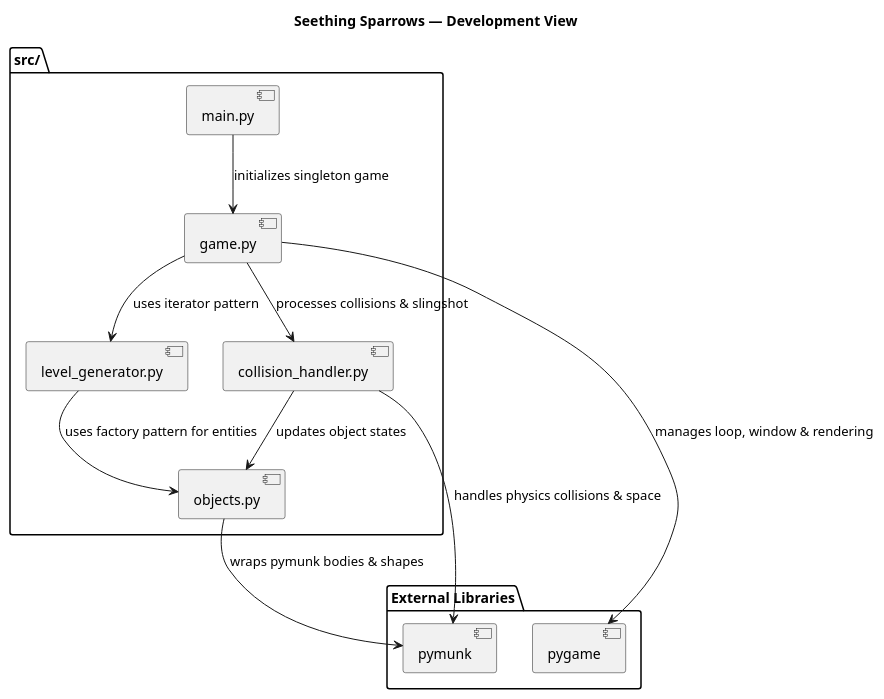
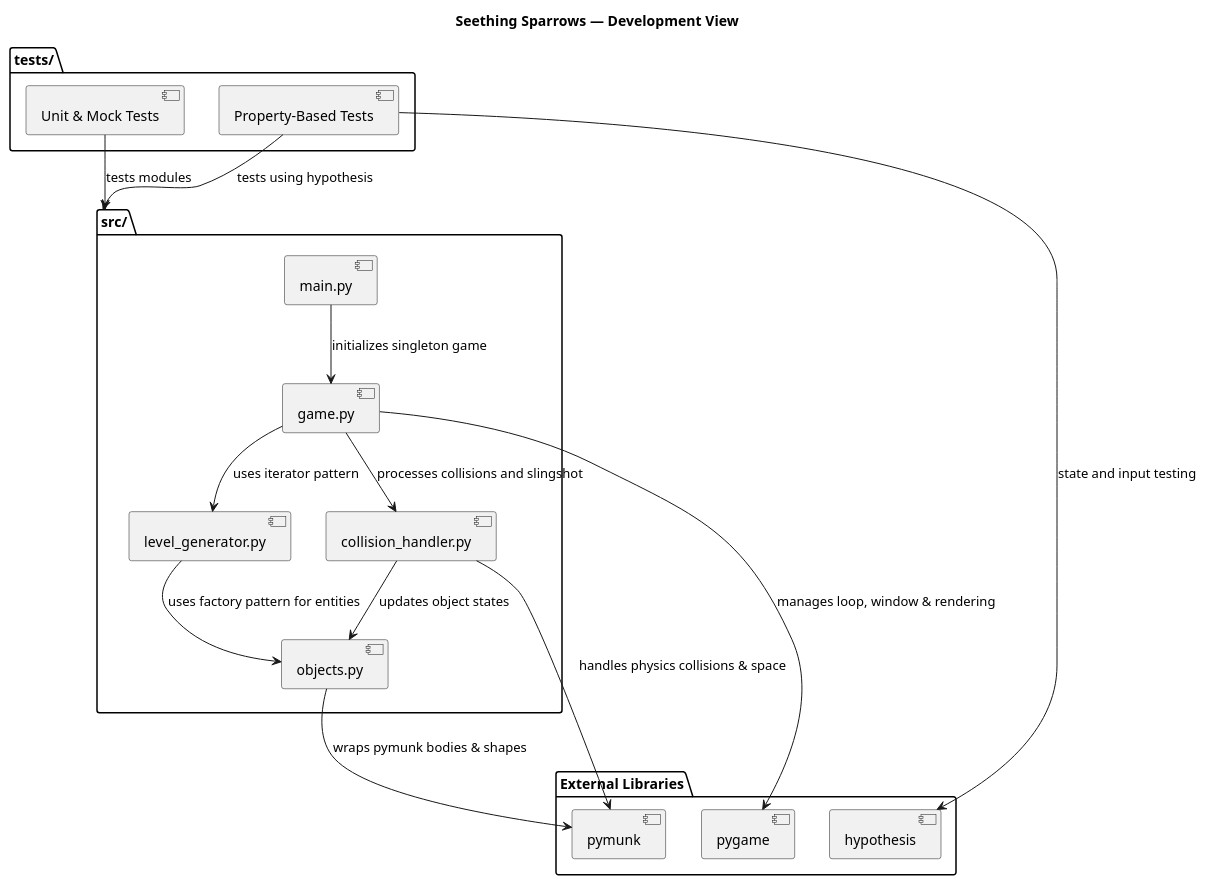
The diagram in FinalProject/uml/development.plantuml (Riley06V/SeethingSparrows_OOP_Final), drawn with PlantUML before and after one commit. The commit also changed 1 other file, not shown here.

```diff
--- a/FinalProject/uml/development.plantuml
+++ b/FinalProject/uml/development.plantuml
@@ -1,22 +1,29 @@
 @startuml development
 
 title Seething Sparrows — Development View
 
 package "src/" {
     [main.py] --> [game.py] : initializes singleton game
     [game.py] --> [level_generator.py] : uses iterator pattern
-    [game.py] --> [collision_handler.py] : processes collisions & slingshot
+    [game.py] --> [collision_handler.py] : processes collisions and slingshot
     [level_generator.py] --> [objects.py] : uses factory pattern for entities
     [collision_handler.py] --> [objects.py] : updates object states
+}
+
+package "tests/" {
+    [Unit & Mock Tests] --> [src/] : tests modules
+    [Property-Based Tests] --> [src/] : tests using hypothesis
 }
 
 package "External Libraries" {
     [pygame]
     [pymunk]
+    [hypothesis]
 }
 
 [game.py] --> [pygame] : manages loop, window & rendering
 [objects.py] --> [pymunk] : wraps pymunk bodies & shapes
 [collision_handler.py] --> [pymunk] : handles physics collisions & space
+[Property-Based Tests] --> [hypothesis] : state and input testing
 
 @enduml
```
